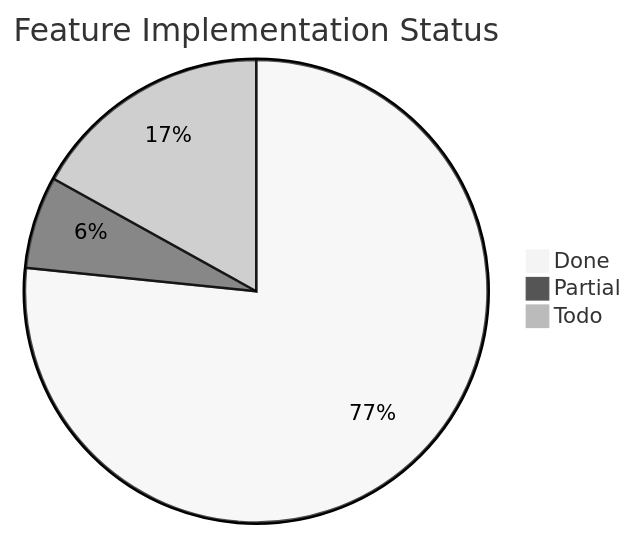
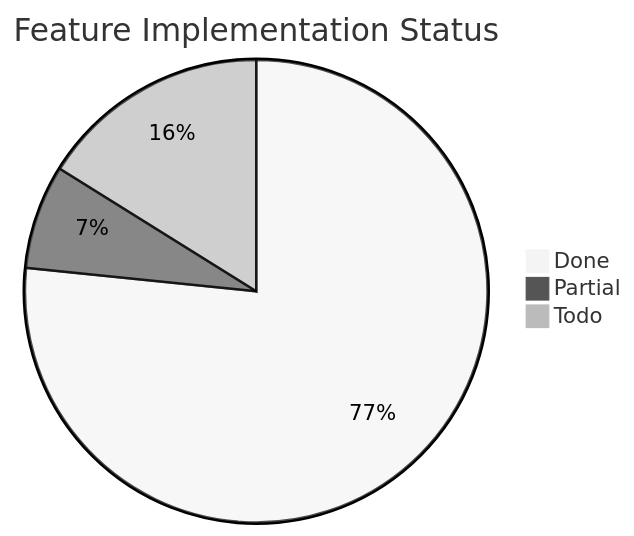
Before and after one commit to Papyrine/Morph: the third of 3 diagrams in docs/word-features.md, drawn with Mermaid (neutral theme). The commit also changed other lines of this file and 18 other files, not shown here.

````diff
--- a/docs/word-features.md
+++ b/docs/word-features.md
@@ -1889,6 +1893,6 @@
 ```mermaid
 pie title Feature Implementation Status
     "Done" : 95
-    "Partial" : 8
-    "Todo" : 21
+    "Partial" : 9
+    "Todo" : 20
 ```
````
